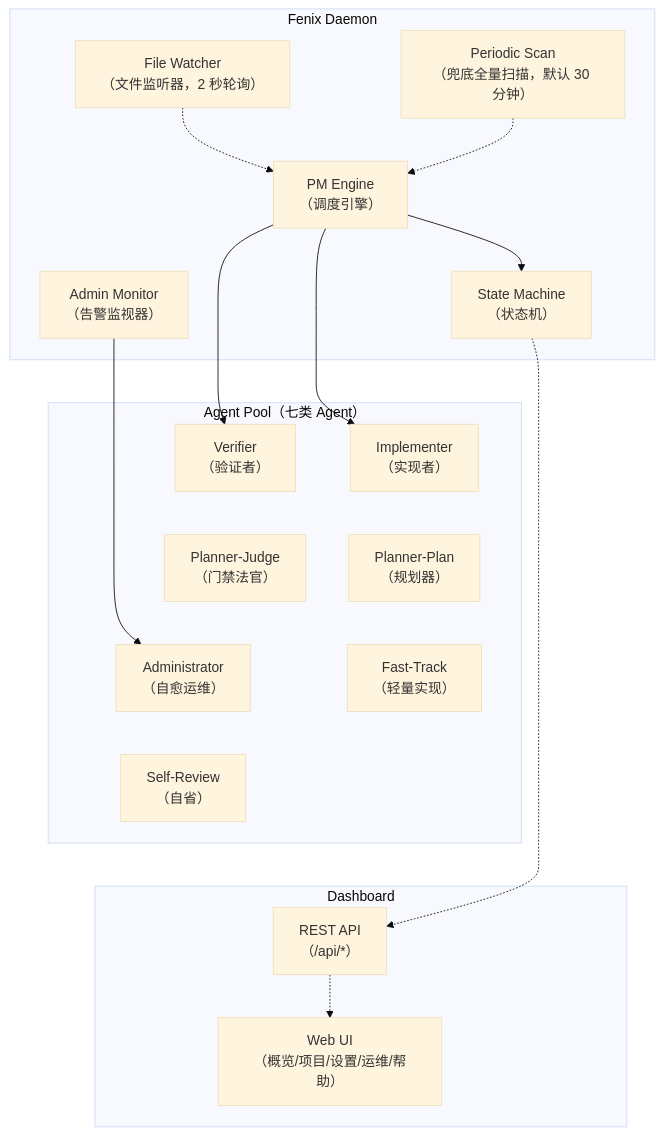
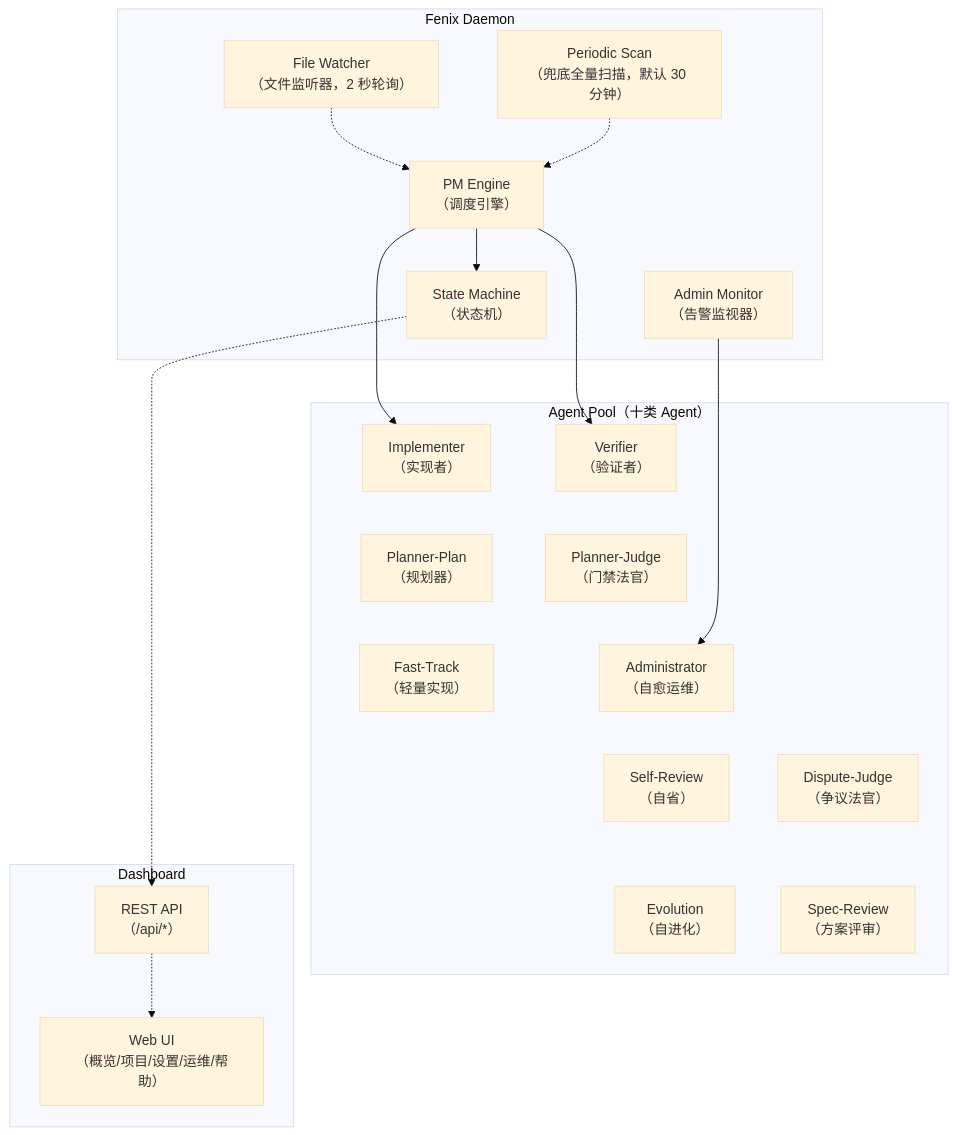
Before and after one commit to fenixsoft/fenixd: the first of 2 diagrams in docs/help/02-concepts.md, drawn with Mermaid (base theme). The commit also changed other lines of this file and 4 other files, not shown here.

First line of the commit message:
[fenix] add-spec-review-gate: 文档同步（6.2-6.5）

````diff
--- a/docs/help/02-concepts.md
+++ b/docs/help/02-concepts.md
@@ -16,42 +16,47 @@
 ```mermaid
 graph TB
     subgraph DAEMON ["Fenix Daemon"]
         FW["File Watcher\n（文件监听器，2 秒轮询）"]
         SC["Periodic Scan\n（兜底全量扫描，默认 30 分钟）"]
         AM["Admin Monitor\n（告警监视器）"]
         PM["PM Engine\n（调度引擎）"]
         SM["State Machine\n（状态机）"]
         FW -.-> PM
         SC -.-> PM
         PM --> SM
     end
 
-    subgraph POOL ["Agent Pool（七类 Agent）"]
+    subgraph POOL ["Agent Pool（十类 Agent）"]
         IMP["Implementer\n（实现者）"]
         VER["Verifier\n（验证者）"]
         PP["Planner-Plan\n（规划器）"]
         PJ["Planner-Judge\n（门禁法官）"]
         FT["Fast-Track\n（轻量实现）"]
         ADM["Administrator\n（自愈运维）"]
         SR["Self-Review\n（自省）"]
+        DJ["Dispute-Judge\n（争议法官）"]
+        EV["Evolution\n（自进化）"]
+        REV["Spec-Review\n（方案评审）"]
         IMP ~~~ PP
         PP ~~~ FT
         VER ~~~ PJ
         PJ ~~~ ADM
         ADM ~~~ SR
+        SR ~~~ EV
+        DJ ~~~ REV
     end
 
     subgraph DASH ["Dashboard"]
         API["REST API\n（/api/*）"]
         WEB["Web UI\n（概览/项目/设置/运维/帮助）"]
         API -.-> WEB
     end
 
     PM --> IMP
     PM --> VER
     AM --> ADM
     SM -.-> API
     SM ~~~ IMP
     SM ~~~ VER
     SR ~~~ API
 ```
````
